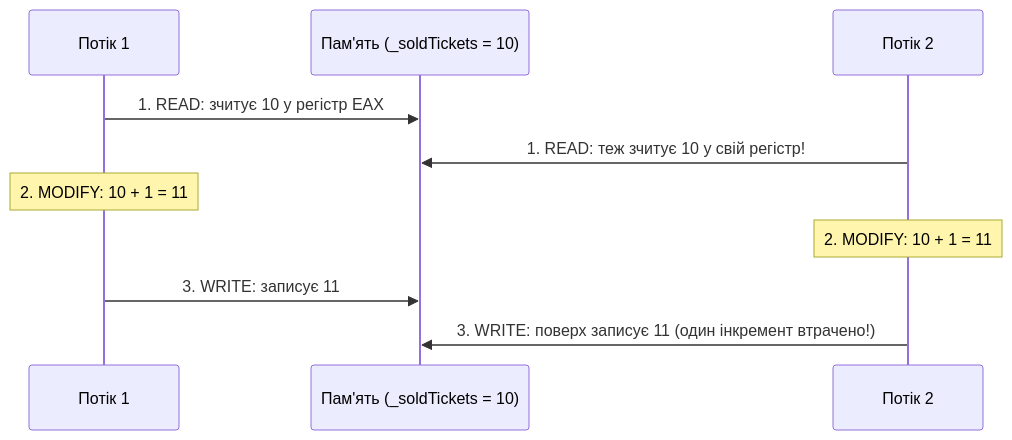
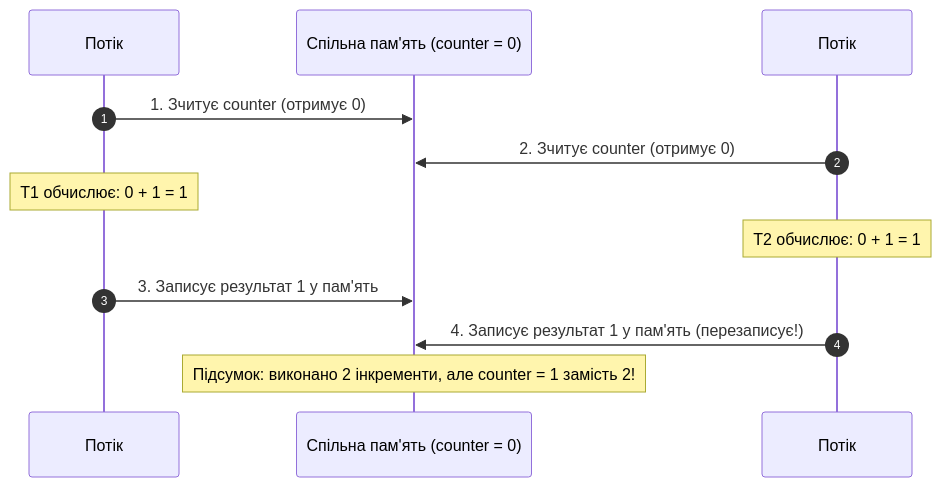
The diagram in 06-Multithreading-And-Parallelism/01-Multithreading-Basics/Docs/02_Race_Conditions_And_Interlocked.md (MrTomkaYurii/CSharp-OOP-Mastery), drawn with Mermaid before and after one commit. The commit also changed other lines of this file and 73 other files, not shown here.

Commit message:
docs: enrich and expand all lecture guides across chapters 01, 02, 04, 05, 06, 07, 08, 10 with deep theory, Mermaid diagrams and verified links

````diff
--- a/06-Multithreading-And-Parallelism/01-Multithreading-Basics/Docs/02_Race_Conditions_And_Interlocked.md
+++ b/06-Multithreading-And-Parallelism/01-Multithreading-Basics/Docs/02_Race_Conditions_And_Interlocked.md
@@ -6,13 +12,15 @@
 ```mermaid
 sequenceDiagram
-    participant T1 as Потік 1
-    participant Mem as Пам'ять (_soldTickets = 10)
-    participant T2 as Потік 2
+    autonumber
+    participant T1 as Потік #1
+    participant Mem as Спільна пам'ять (counter = 0)
+    participant T2 as Потік #2
 
-    T1->>Mem: 1. READ: зчитує 10 у регістр EAX
-    T2->>Mem: 1. READ: теж зчитує 10 у свій регістр!
-    Note over T1: 2. MODIFY: 10 + 1 = 11
-    Note over T2: 2. MODIFY: 10 + 1 = 11
-    T1->>Mem: 3. WRITE: записує 11
-    T2->>Mem: 3. WRITE: поверх записує 11 (один інкремент втрачено!)
+    T1->>Mem: 1. Зчитує counter (отримує 0)
+    T2->>Mem: 2. Зчитує counter (отримує 0)
+    Note over T1: T1 обчислює: 0 + 1 = 1
+    Note over T2: T2 обчислює: 0 + 1 = 1
+    T1->>Mem: 3. Записує результат 1 у пам'ять
+    T2->>Mem: 4. Записує результат 1 у пам'ять (перезаписує!)
+    Note over Mem: Підсумок: виконано 2 інкременти, але counter = 1 замість 2!
 ```
````
